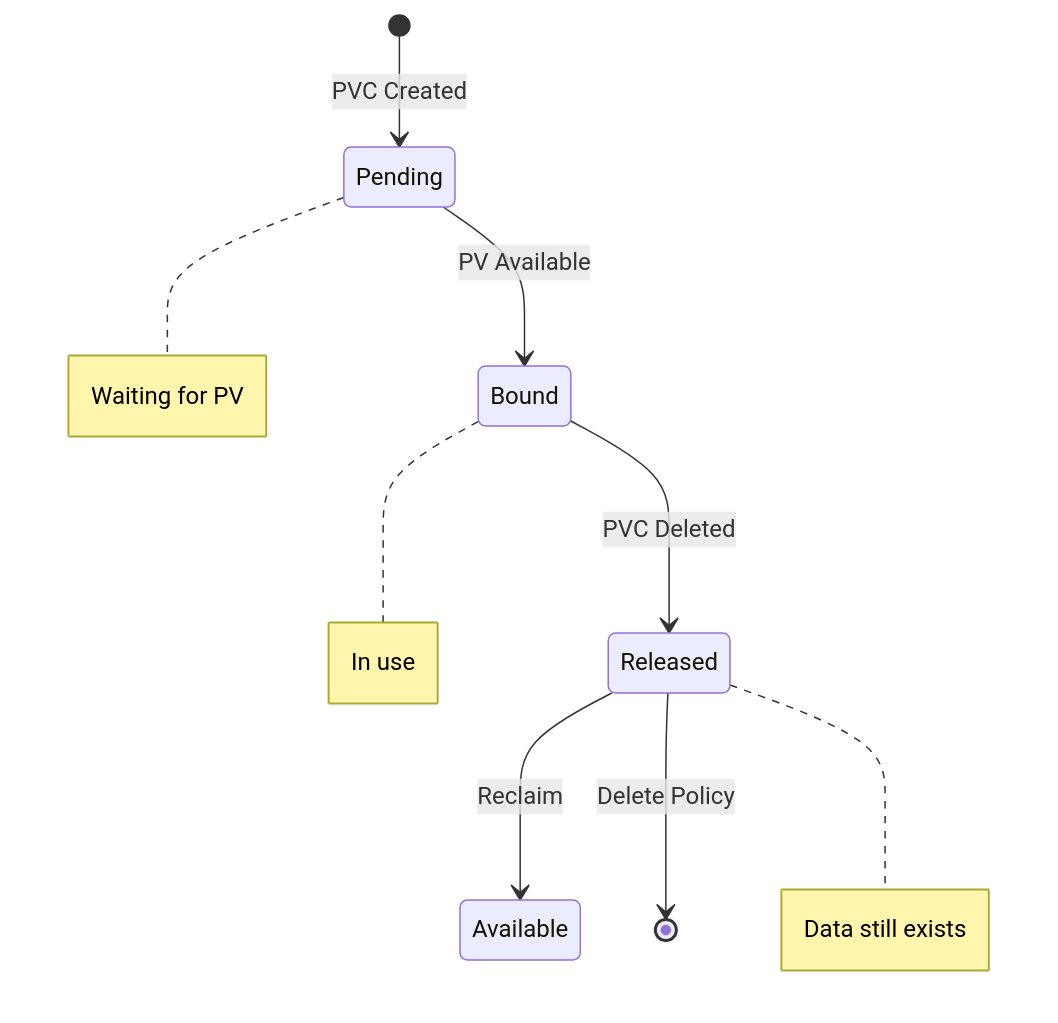
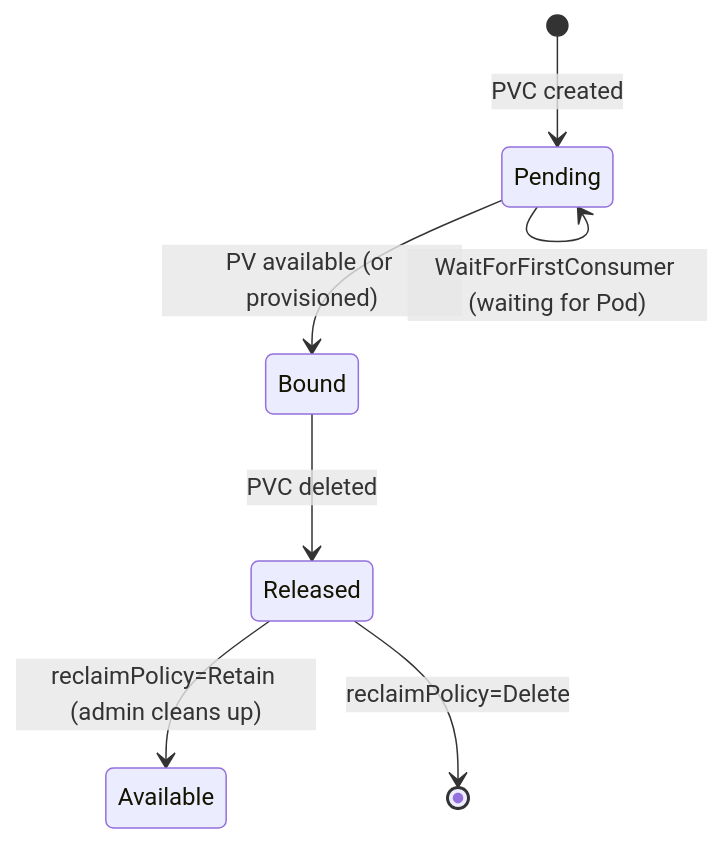
Before and after one commit to inno-devops-labs/DevOps-Core-Course: the fourth of 5 diagrams in lectures/lec12.md, drawn with Mermaid. The commit also changed other lines of this file and 24 other files, not shown here.

````diff
--- a/lectures/lec12.md
+++ b/lectures/lec12.md
@@ -685,12 +408,9 @@
 ```mermaid
 stateDiagram-v2
-  [*] --> Pending: PVC Created
-  Pending --> Bound: PV Available
-  Bound --> Released: PVC Deleted
-  Released --> Available: Reclaim
-  Released --> [*]: Delete Policy
-
-  note right of Pending: Waiting for PV
-  note right of Bound: In use
-  note right of Released: Data still exists
+  [*] --> Pending: PVC created
+  Pending --> Bound: PV available (or provisioned)
+  Pending --> Pending: WaitForFirstConsumer (waiting for Pod)
+  Bound --> Released: PVC deleted
+  Released --> Available: reclaimPolicy=Retain (admin cleans up)
+  Released --> [*]: reclaimPolicy=Delete
 ```
````
